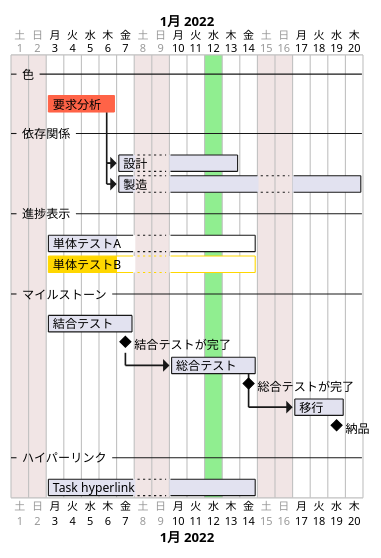
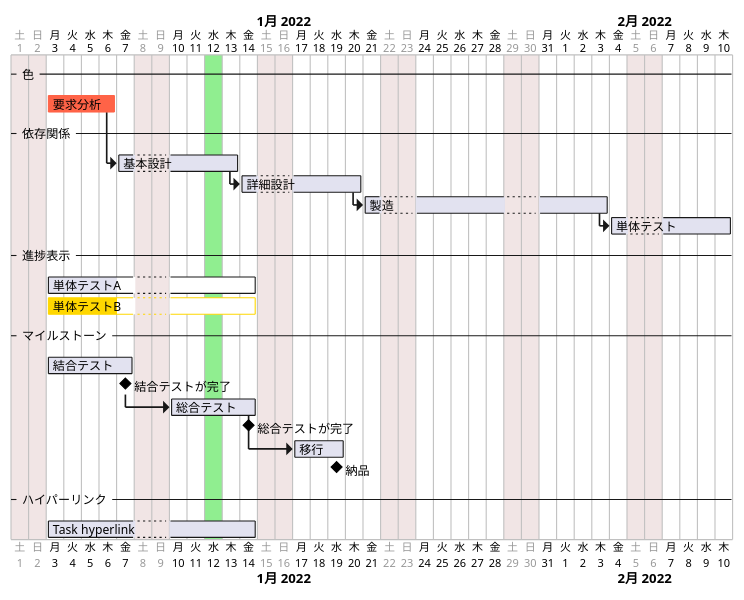
One commit to yzkn/PlantUML-CheatSheet changed the second of 4 diagrams in src/10-061-ガントチャート.md. Above: the diagram before and after it, drawn with PlantUML. The commit also changed other lines of this file, not shown here.

````diff
--- a/src/10-061-ガントチャート.md
+++ b/src/10-061-ガントチャート.md
@@ -82,50 +82,54 @@
 ```plantuml
 
 @startgantt
 
 language ja
 
 project starts the 2022/01/01
 
 saturday are closed
 sunday are closed
 
 -- 色 --
 
 [要求分析] as [RA] lasts 4 days and is colored in Tomato
 
 2022/01/12 is colored in LightGreen
 
 -- 依存関係 --
 
-[設計] lasts 1 week and starts at [RA]'s end
-[製造] lasts 2 weeks and starts at [設計]'s start
+[基本設計] lasts 1 week and starts at [RA]'s end
+[詳細設計] lasts 1 week and starts at [基本設計]'s end
+then [製造] lasts 2 weeks
+
+[単体テスト] lasts 1 week
+[製造] -> [単体テスト]
 
 -- 進捗表示 --
 
 [単体テストA] lasts 2 weeks and is 40% completed
 [単体テストB] lasts 2 weeks and is 40% completed and is colored in Gold
 
 -- マイルストーン --
 
 [結合テスト] lasts 5 days
 [結合テストが完了] happens at [結合テスト]'s end
 [総合テスト] lasts 5 days
 [総合テスト] starts at [結合テストが完了]'s end
 
 [総合テストが完了] happens 2022-01-14
 [移行] lasts 3 days
 [移行] starts at [総合テスト]'s end
 
 ' 全タスク完了のマイルストーン
 [納品] happens at [結合テスト]'s end
 [納品] happens at [総合テスト]'s end
 [納品] happens at [移行]'s end
 
 -- ハイパーリンク --
 
 [Task hyperlink] lasts 10 days and links to [[https://plantuml.com/ja/gantt-diagram]]
 
 @endgantt
 
 ```
````
